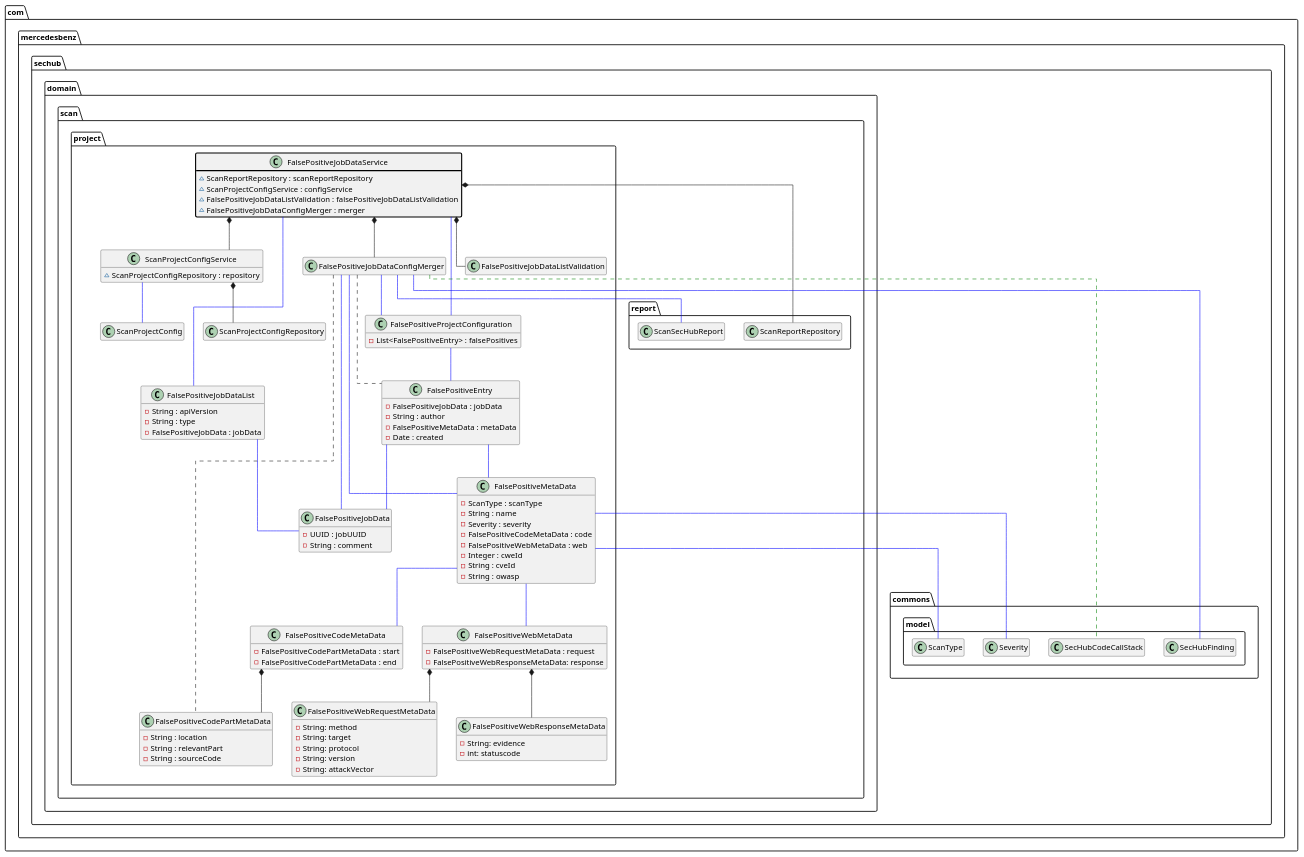
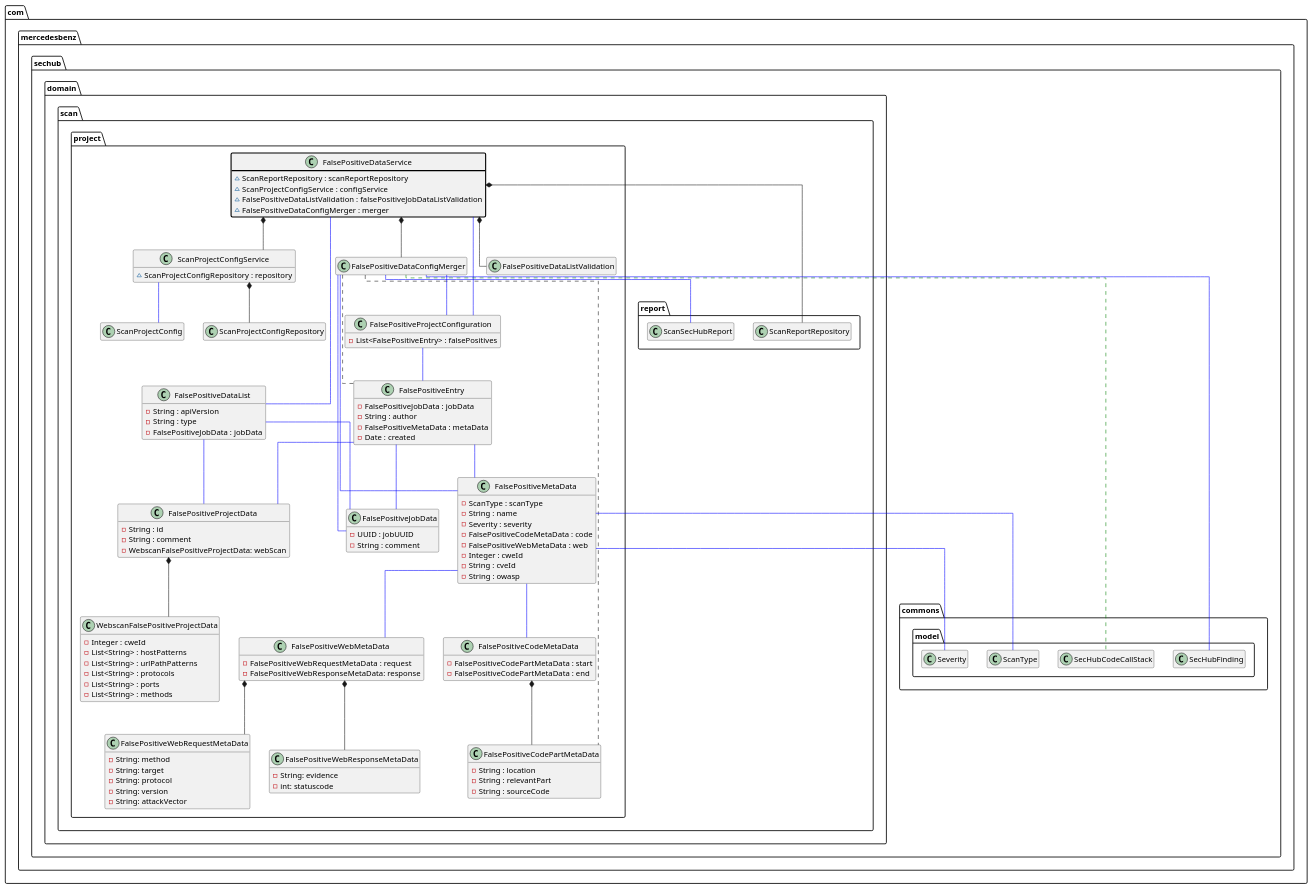
The diagram in sechub-doc/src/docs/asciidoc/diagrams/diagram_falsepositives_definition_overview.puml (mercedes-benz/sechub), drawn with PlantUML before and after one commit. The commit also changed 23 other files, not shown here.

```diff
--- a/sechub-doc/src/docs/asciidoc/diagrams/diagram_falsepositives_definition_overview.puml
+++ b/sechub-doc/src/docs/asciidoc/diagrams/diagram_falsepositives_definition_overview.puml
@@ -2,112 +2,132 @@
 @startuml
 skinparam linetype ortho
 hide empty methods
 hide empty fields
 package com.mercedesbenz.sechub.domain.scan.project{
-'com.mercedesbenz.sechub.domain.scan.project.FalsePositiveJobDataService
-   class FalsePositiveJobDataService ##[bold]black {
+'com.mercedesbenz.sechub.domain.scan.project.FalsePositiveDataService
+   class FalsePositiveDataService ##[bold]black {
     ~ScanReportRepository : scanReportRepository
     ~ScanProjectConfigService : configService
-    ~FalsePositiveJobDataListValidation : falsePositiveJobDataListValidation
-    ~FalsePositiveJobDataConfigMerger : merger
+    ~FalsePositiveDataListValidation : falsePositiveJobDataListValidation
+    ~FalsePositiveDataConfigMerger : merger
   }
-  FalsePositiveJobDataService *-- FalsePositiveJobDataConfigMerger
-  FalsePositiveJobDataService -[#blue]- FalsePositiveJobDataList
-  FalsePositiveJobDataService *-- FalsePositiveJobDataListValidation
-  FalsePositiveJobDataService -[#blue]- FalsePositiveProjectConfiguration
-  FalsePositiveJobDataService *-- ScanProjectConfigService
-  FalsePositiveJobDataService *-- com.mercedesbenz.sechub.domain.scan.report.ScanReportRepository
-'com.mercedesbenz.sechub.domain.scan.project.FalsePositiveJobDataConfigMerger
-   class FalsePositiveJobDataConfigMerger{
+  FalsePositiveDataService *-- FalsePositiveDataConfigMerger
+  FalsePositiveDataService -[#blue]- FalsePositiveDataList
+  FalsePositiveDataService *-- FalsePositiveDataListValidation
+  FalsePositiveDataService -[#blue]- FalsePositiveProjectConfiguration
+  FalsePositiveDataService *-- ScanProjectConfigService
+  FalsePositiveDataService *-- com.mercedesbenz.sechub.domain.scan.report.ScanReportRepository
+'com.mercedesbenz.sechub.domain.scan.project.FalsePositiveDataConfigMerger
+   class FalsePositiveDataConfigMerger{
   }
-  FalsePositiveJobDataConfigMerger .[#green]. com.mercedesbenz.sechub.commons.model.SecHubCodeCallStack
-  FalsePositiveJobDataConfigMerger -[#blue]- com.mercedesbenz.sechub.commons.model.SecHubFinding
-  FalsePositiveJobDataConfigMerger .. FalsePositiveCodePartMetaData
-  FalsePositiveJobDataConfigMerger .. FalsePositiveEntry
-  FalsePositiveJobDataConfigMerger -[#blue]- FalsePositiveJobData
-  FalsePositiveJobDataConfigMerger -[#blue]- FalsePositiveMetaData
-  FalsePositiveJobDataConfigMerger -[#blue]- FalsePositiveProjectConfiguration
-  FalsePositiveJobDataConfigMerger -[#blue]- com.mercedesbenz.sechub.domain.scan.report.ScanSecHubReport
-'com.mercedesbenz.sechub.domain.scan.project.FalsePositiveJobDataList
-   class FalsePositiveJobDataList{
+  FalsePositiveDataConfigMerger .[#green]. com.mercedesbenz.sechub.commons.model.SecHubCodeCallStack
+  FalsePositiveDataConfigMerger -[#blue]- com.mercedesbenz.sechub.commons.model.SecHubFinding
+  FalsePositiveDataConfigMerger .. FalsePositiveCodePartMetaData
+  FalsePositiveDataConfigMerger .. FalsePositiveEntry
+  FalsePositiveDataConfigMerger -[#blue]- FalsePositiveJobData
+  FalsePositiveDataConfigMerger -[#blue]- FalsePositiveMetaData
+  FalsePositiveDataConfigMerger -[#blue]- FalsePositiveProjectConfiguration
+  FalsePositiveDataConfigMerger -[#blue]- com.mercedesbenz.sechub.domain.scan.report.ScanSecHubReport
+'com.mercedesbenz.sechub.domain.scan.project.FalsePositiveDataList
+   class FalsePositiveDataList{
     -String : apiVersion
     -String : type
     -FalsePositiveJobData : jobData
   }
-  FalsePositiveJobDataList -[#blue]- FalsePositiveJobData
+  FalsePositiveDataList -[#blue]- FalsePositiveJobData
+  FalsePositiveDataList -[#blue]- FalsePositiveProjectData
 'com.mercedesbenz.sechub.domain.scan.project.FalsePositiveProjectConfiguration
    class FalsePositiveProjectConfiguration{
     -List<FalsePositiveEntry> : falsePositives
   }
   FalsePositiveProjectConfiguration -[#blue]- FalsePositiveEntry
 'com.mercedesbenz.sechub.domain.scan.project.ScanProjectConfigService
    class ScanProjectConfigService{
     ~ScanProjectConfigRepository : repository
   }
   ScanProjectConfigService -[#blue]- ScanProjectConfig
   ScanProjectConfigService *-- ScanProjectConfigRepository
 'com.mercedesbenz.sechub.domain.scan.project.FalsePositiveJobData
    class FalsePositiveJobData{
     -UUID : jobUUID
     -String : comment
   }
 'com.mercedesbenz.sechub.domain.scan.project.FalsePositiveCodePartMetaData
    class FalsePositiveCodePartMetaData{
     -String : location
     -String : relevantPart
     -String : sourceCode
   }
+'com.mercedesbenz.sechub.domain.scan.project.FalsePositiveProjectData
+   class FalsePositiveProjectData{
+    -String : id
+    -String : comment
+    -WebscanFalsePositiveProjectData: webScan
+  }
+'com.mercedesbenz.sechub.domain.scan.project.WebscanFalsePositiveProjectData
+   class WebscanFalsePositiveProjectData{
+    -Integer : cweId
+    -List<String> : hostPatterns
+    -List<String> : urlPathPatterns
+    -List<String> : protocols
+    -List<String> : ports
+    -List<String> : methods
+  }
+  FalsePositiveProjectData *-- WebscanFalsePositiveProjectData
 'com.mercedesbenz.sechub.domain.scan.project.FalsePositiveEntry
    class FalsePositiveEntry{
     -FalsePositiveJobData : jobData
     -String : author
     -FalsePositiveMetaData : metaData
     -Date : created
   }
   FalsePositiveEntry -[#blue]- FalsePositiveJobData
   FalsePositiveEntry -[#blue]- FalsePositiveMetaData
+  FalsePositiveEntry -[#blue]- FalsePositiveProjectData
 'com.mercedesbenz.sechub.domain.scan.project.FalsePositiveMetaData
    class FalsePositiveMetaData{
     -ScanType : scanType
     -String : name
     -Severity : severity
     -FalsePositiveCodeMetaData : code
     -FalsePositiveWebMetaData : web
     -Integer : cweId
     -String : cveId
     -String : owasp
   }
   FalsePositiveMetaData -[#blue]- com.mercedesbenz.sechub.commons.model.ScanType
   FalsePositiveMetaData -[#blue]- com.mercedesbenz.sechub.commons.model.Severity
   FalsePositiveMetaData -[#blue]- FalsePositiveCodeMetaData
   FalsePositiveMetaData -[#blue]- FalsePositiveWebMetaData
 
 'com.mercedesbenz.sechub.domain.scan.project.FalsePositiveCodeMetaData
    class FalsePositiveCodeMetaData{
     -FalsePositiveCodePartMetaData : start
     -FalsePositiveCodePartMetaData : end
   }
   FalsePositiveCodeMetaData *-- FalsePositiveCodePartMetaData
 'com.mercedesbenz.sechub.domain.scan.project.FalsePositiveWebMetaData
    class FalsePositiveWebMetaData{
     -FalsePositiveWebRequestMetaData : request
     -FalsePositiveWebResponseMetaData: response
   }
   FalsePositiveWebMetaData *-- FalsePositiveWebRequestMetaData
   FalsePositiveWebMetaData *-- FalsePositiveWebResponseMetaData
 'com.mercedesbenz.sechub.domain.scan.project.FalsePositiveWebRequestMetaData
    class FalsePositiveWebRequestMetaData{
     -String: method
     -String: target
     -String: protocol
     -String: version
     -String: attackVector
     
   }
   
   'com.mercedesbenz.sechub.domain.scan.project.FalsePositiveWebResponseMetaData
    class FalsePositiveWebResponseMetaData{
     -String: evidence
     -int: statuscode
   }
+  
+
 @enduml
```
